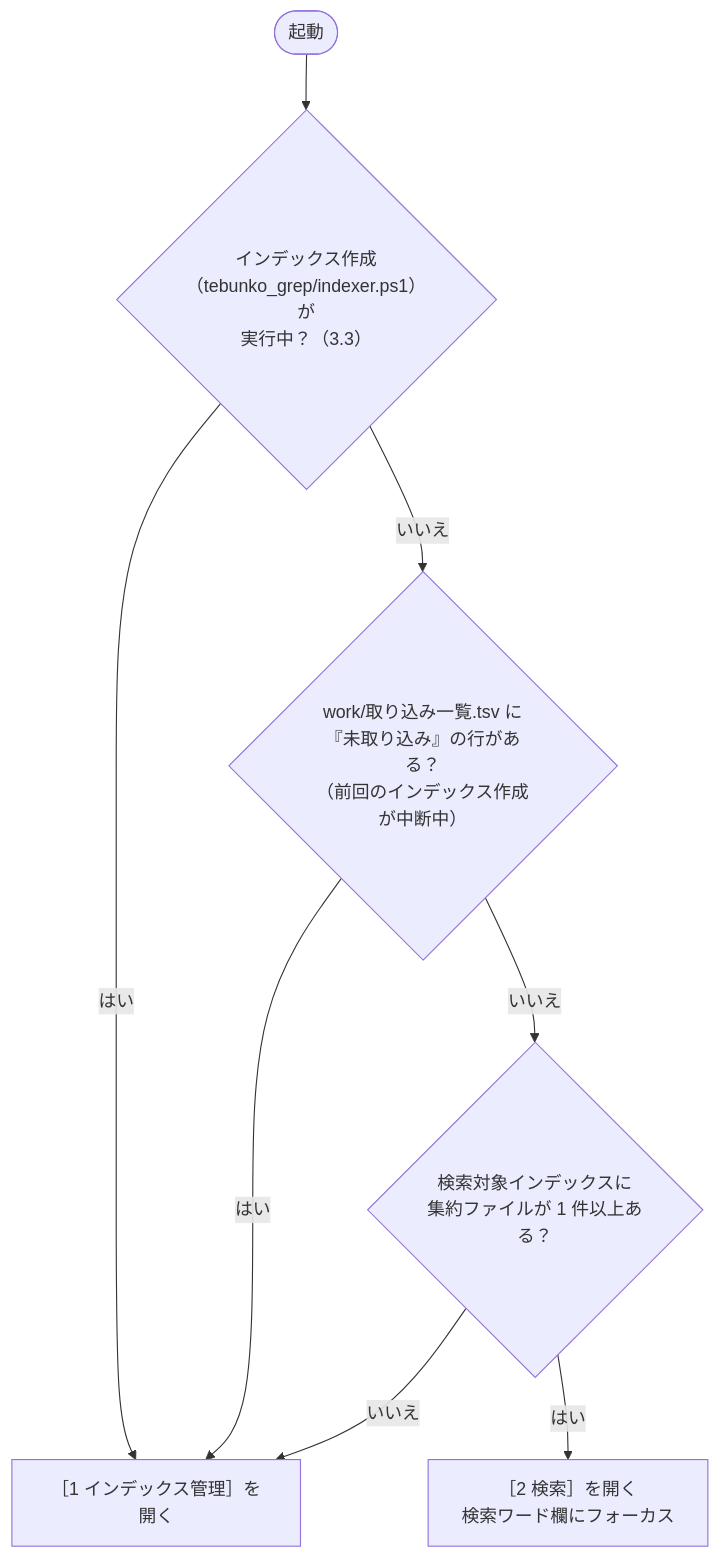
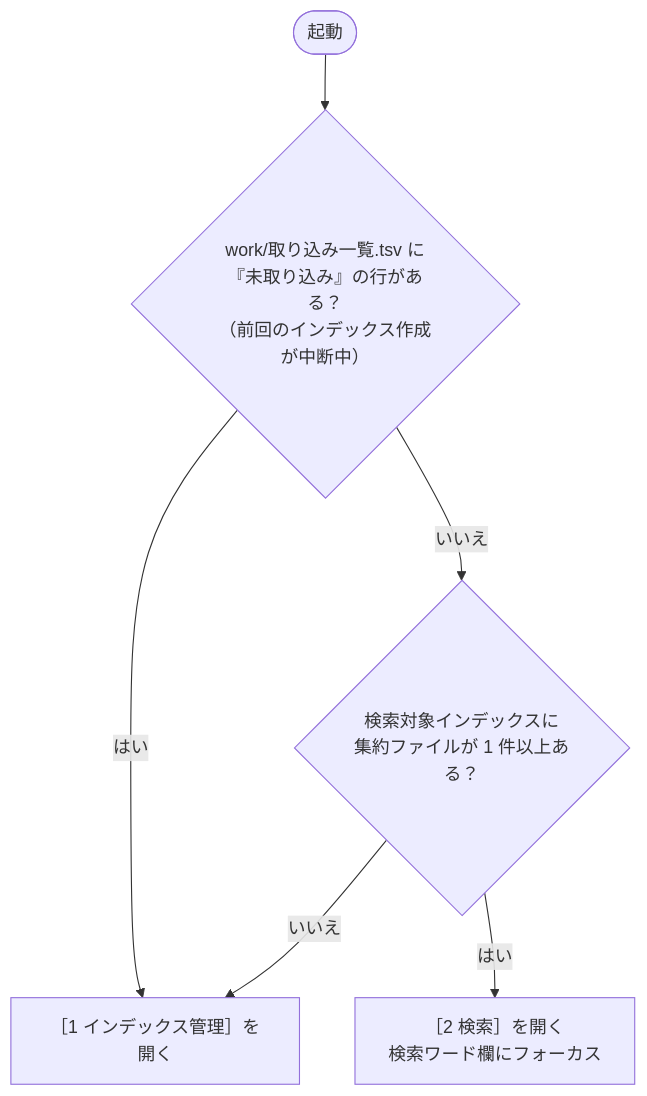
The diagram in docs/03_画面.md (hsgwa/tebunko), drawn with Mermaid before and after one commit. The commit also changed other lines of this file and 24 other files, not shown here.

````diff
--- a/docs/03_画面.md
+++ b/docs/03_画面.md
@@ -96,10 +96,8 @@
 ```mermaid
 flowchart TD
-    S(["起動"]) --> R{"インデックス作成（tebunko_grep/indexer.ps1）が<br>実行中？（3.3）"}
-    R -- はい --> T1
-    R -- いいえ --> A{"work/取り込み一覧.tsv に『未取り込み』の行がある？<br>（前回のインデックス作成が中断中）"}
+    S(["起動"]) --> A{"work/取り込み一覧.tsv に『未取り込み』の行がある？<br>（前回のインデックス作成が中断中）"}
     A -- はい --> T1["［1 インデックス管理］を開く"]
     A -- いいえ --> B{"検索対象インデックスに<br>集約ファイルが 1 件以上ある？"}
     B -- いいえ --> T1
     B -- はい --> T2["［2 検索］を開く<br>検索ワード欄にフォーカス"]
 ```
````
